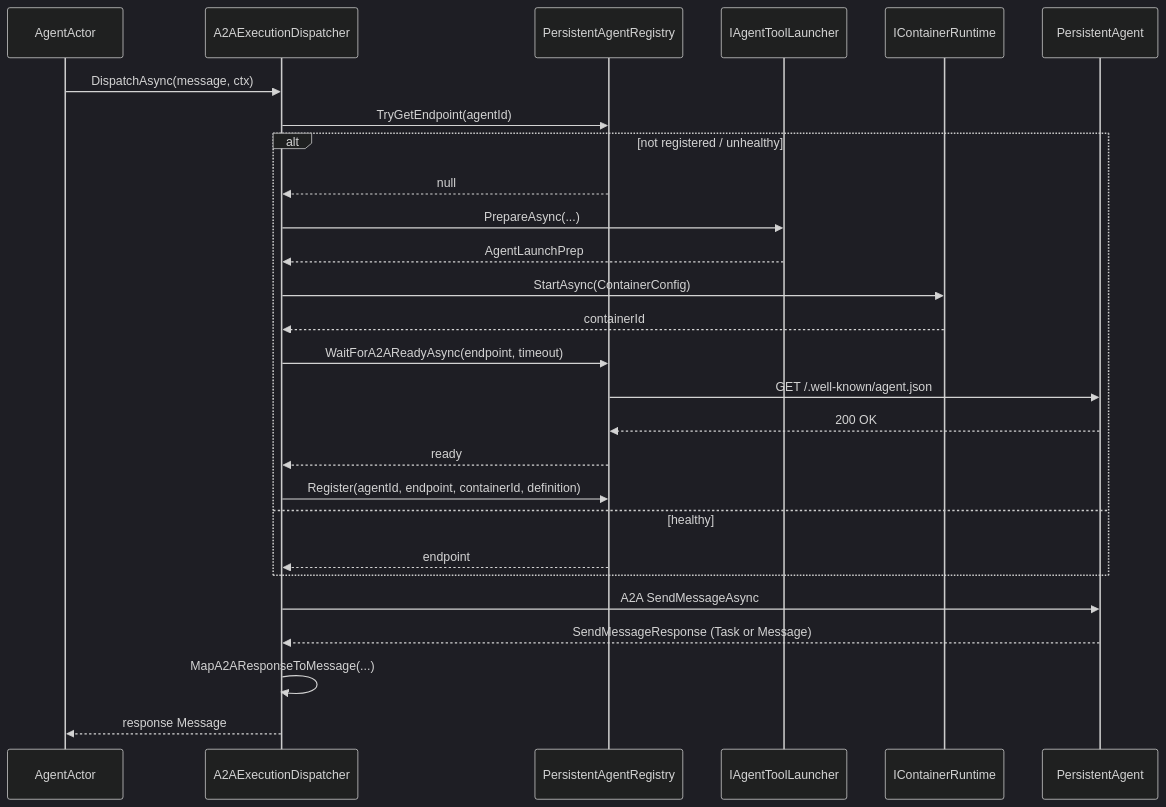
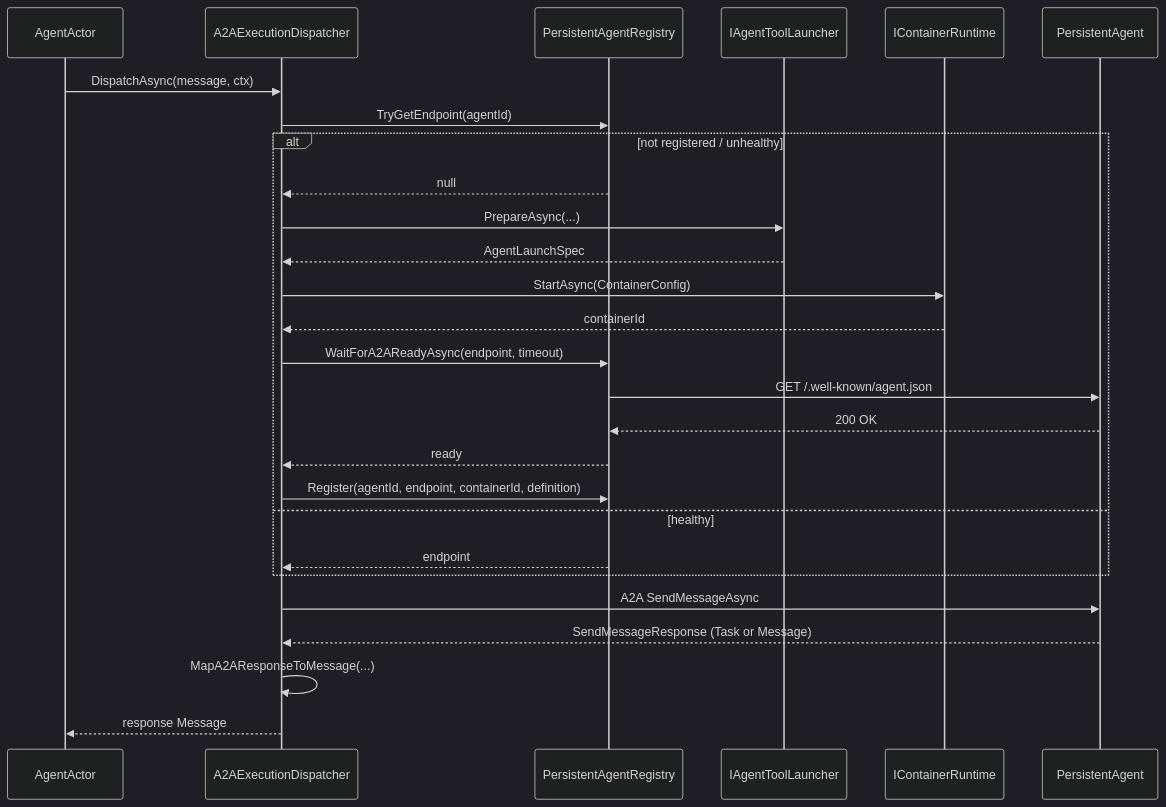
The second of 2 diagrams in docs/architecture/workflows.md (cvoya-com/spring-voyage), drawn with Mermaid (dark theme) before and after one commit. The commit also changed other lines of this file and 21 other files, not shown here.

First line of the commit message:
feat(execution): unify agent launcher contract on AgentLaunchSpec (#1093) (#1103)

````diff
--- a/docs/architecture/workflows.md
+++ b/docs/architecture/workflows.md
@@ -188,30 +188,30 @@
 ```mermaid
 sequenceDiagram
     participant A as AgentActor
     participant Disp as A2AExecutionDispatcher
     participant Registry as PersistentAgentRegistry
     participant Launcher as IAgentToolLauncher
     participant Runtime as IContainerRuntime
     participant Container as PersistentAgent
 
     A->>Disp: DispatchAsync(message, ctx)
     Disp->>Registry: TryGetEndpoint(agentId)
     alt not registered / unhealthy
         Registry-->>Disp: null
         Disp->>Launcher: PrepareAsync(...)
-        Launcher-->>Disp: AgentLaunchPrep
+        Launcher-->>Disp: AgentLaunchSpec
         Disp->>Runtime: StartAsync(ContainerConfig)
         Runtime-->>Disp: containerId
         Disp->>Registry: WaitForA2AReadyAsync(endpoint, timeout)
         Registry->>Container: GET /.well-known/agent.json
         Container-->>Registry: 200 OK
         Registry-->>Disp: ready
         Disp->>Registry: Register(agentId, endpoint, containerId, definition)
     else healthy
         Registry-->>Disp: endpoint
     end
     Disp->>Container: A2A SendMessageAsync
     Container-->>Disp: SendMessageResponse (Task or Message)
     Disp->>Disp: MapA2AResponseToMessage(...)
     Disp-->>A: response Message
 ```
````
